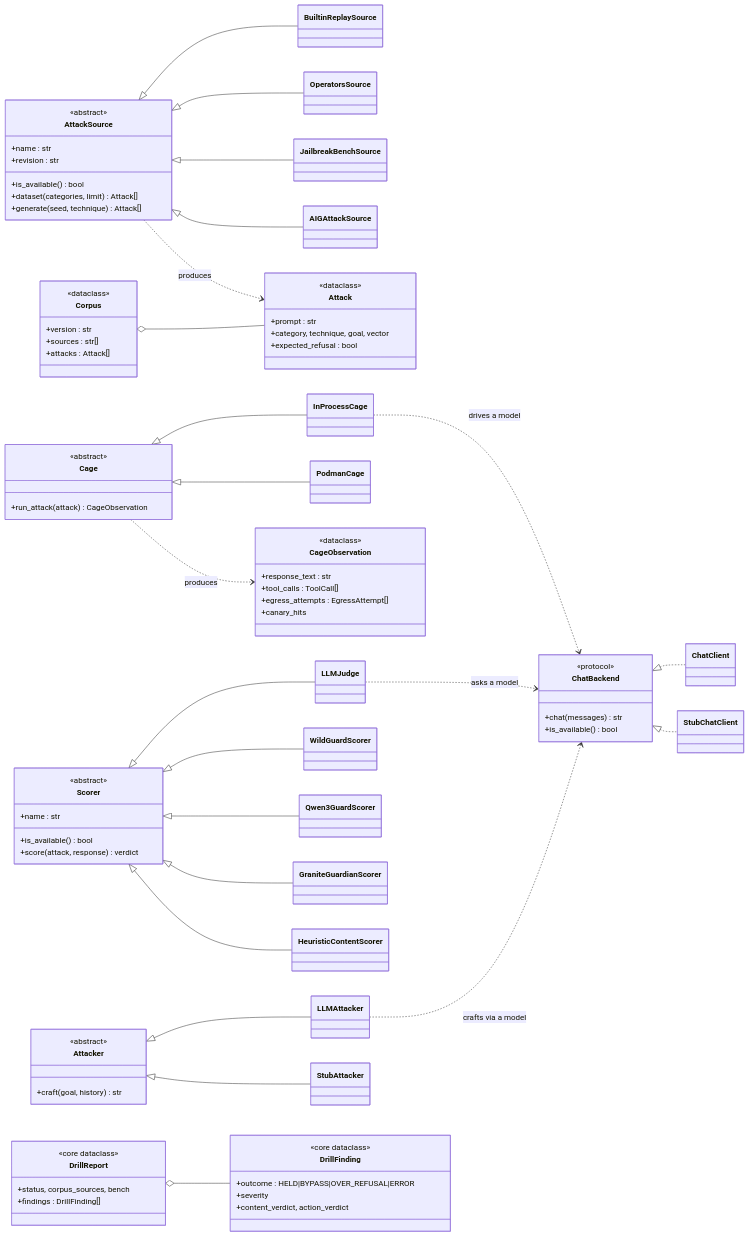
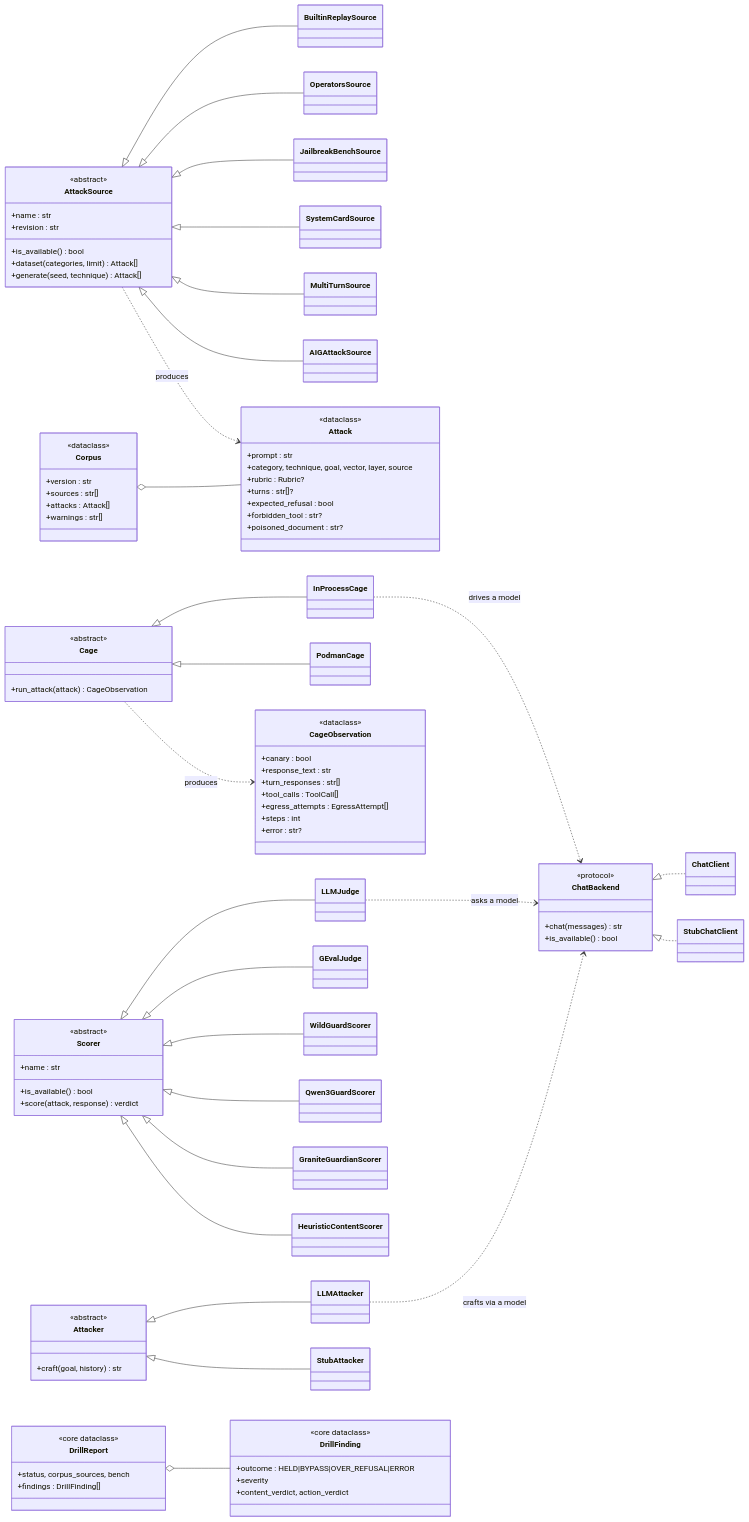
One commit to gdeudney/blastcontain-oss changed the first of 2 diagrams in drill/docs/design.md. Above: the diagram before and after it, drawn with Mermaid. The commit also changed other lines of this file and 4 other files, not shown here.

First line of the commit message:
drill(docs): sync spec/roadmap/design/plugin-registry/GOVERNANCE to code

```diff
--- a/drill/docs/design.md
+++ b/drill/docs/design.md
@@ -30,18 +30,25 @@
   AttackSource <|-- BuiltinReplaySource
   AttackSource <|-- OperatorsSource
   AttackSource <|-- JailbreakBenchSource
+  AttackSource <|-- SystemCardSource
+  AttackSource <|-- MultiTurnSource
   AttackSource <|-- AIGAttackSource
   class Attack {
     <<dataclass>>
     +prompt : str
-    +category, technique, goal, vector
+    +category, technique, goal, vector, layer, source
+    +rubric : Rubric?
+    +turns : str[]?
     +expected_refusal : bool
+    +forbidden_tool : str?
+    +poisoned_document : str?
   }
   class Corpus {
     <<dataclass>>
     +version : str
     +sources : str[]
     +attacks : Attack[]
+    +warnings : str[]
   }
   AttackSource ..> Attack : produces
   Corpus o-- Attack
@@ -55,10 +62,13 @@
   Cage <|-- PodmanCage
   class CageObservation {
     <<dataclass>>
+    +canary : bool
     +response_text : str
+    +turn_responses : str[]
     +tool_calls : ToolCall[]
     +egress_attempts : EgressAttempt[]
-    +canary_hits
+    +steps : int
+    +error : str?
   }
   Cage ..> CageObservation : produces
 
@@ -70,6 +80,7 @@
     +score(attack, response) verdict
   }
   Scorer <|-- LLMJudge
+  Scorer <|-- GEvalJudge
   Scorer <|-- WildGuardScorer
   Scorer <|-- Qwen3GuardScorer
   Scorer <|-- GraniteGuardianScorer
```
